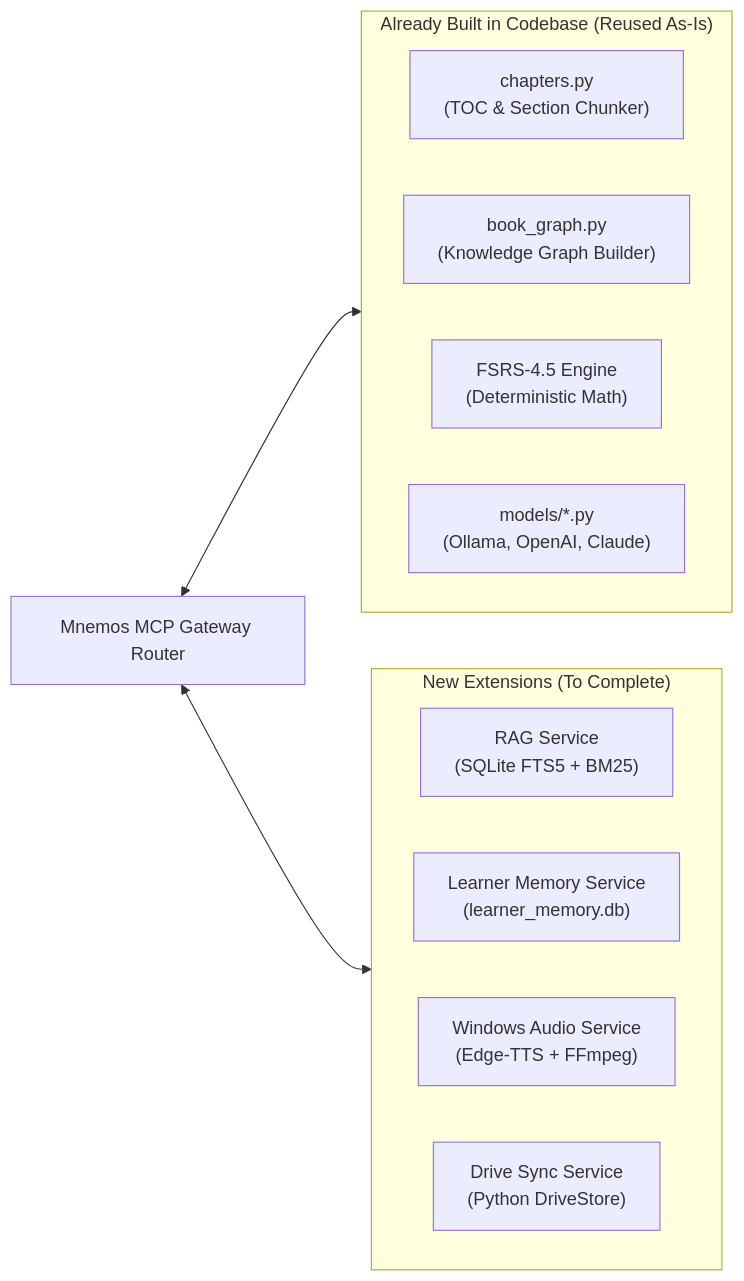
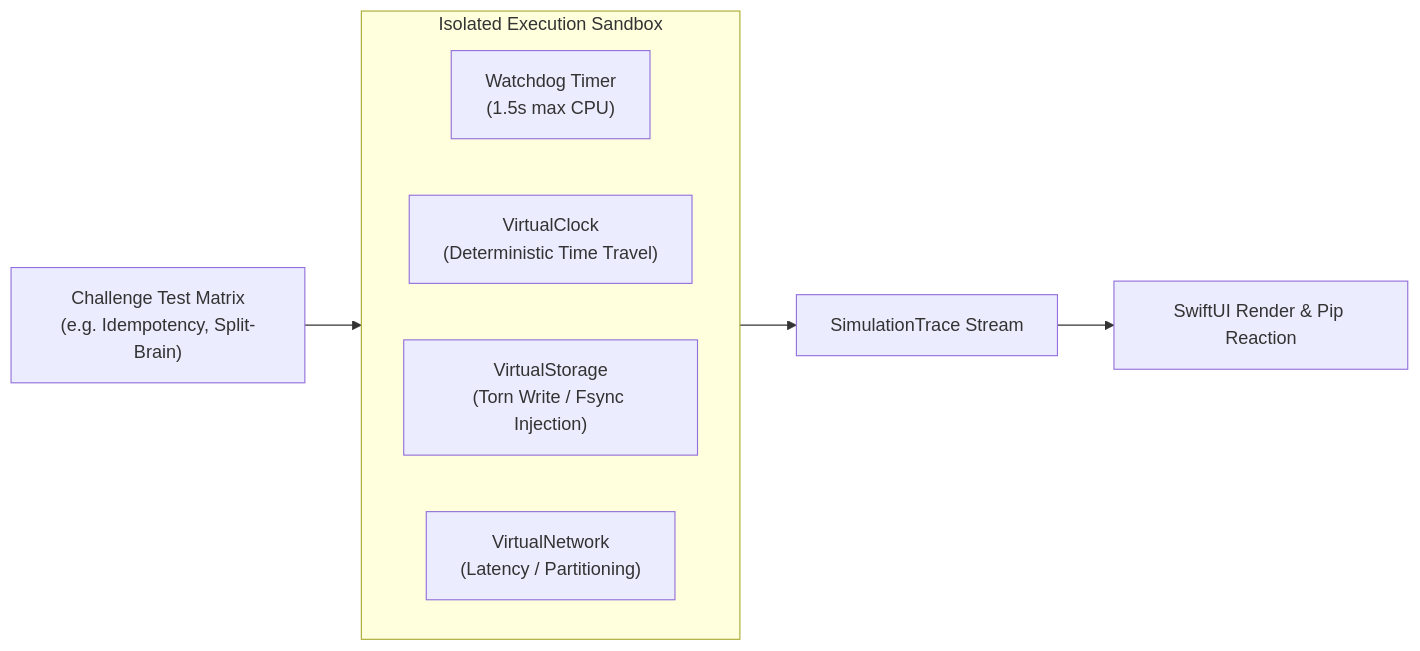
The seventh of 7 diagrams in architecture.md (ansh0014/Mnemos), drawn with Mermaid before and after one commit. The commit also changed other lines of this file and 19 other files, not shown here.

````diff
--- a/architecture.md
+++ b/architecture.md
@@ -393,23 +292,14 @@
 ```mermaid
 flowchart LR
-    Gateway["Mnemos MCP Gateway Router"]
-
-    subgraph BuiltServices ["Already Built in Codebase (Reused As-Is)"]
+    subgraph Sandbox ["Isolated Execution Sandbox"]
         direction LR
-        S_Split["chapters.py<br>(TOC & Section Chunker)"]
-        S_Graph["book_graph.py<br>(Knowledge Graph Builder)"]
-        S_FSRS["FSRS-4.5 Engine<br>(Deterministic Math)"]
-        S_Models["models/*.py<br>(Ollama, OpenAI, Claude)"]
+        Watchdog["Watchdog Timer<br>(1.5s max CPU)"]
+        VClock["VirtualClock<br>(Deterministic Time Travel)"]
+        VStorage["VirtualStorage<br>(Torn Write / Fsync Injection)"]
+        VNet["VirtualNetwork<br>(Latency / Partitioning)"]
     end
 
-    subgraph NewServices ["New Extensions (To Complete)"]
-        direction LR
-        S_RAG["RAG Service<br>(SQLite FTS5 + BM25)"]
-        S_Mem["Learner Memory Service<br>(learner_memory.db)"]
-        S_Audio["Windows Audio Service<br>(Edge-TTS + FFmpeg)"]
-        S_Sync["Drive Sync Service<br>(Python DriveStore)"]
-    end
-
-    Gateway <--> BuiltServices
-    Gateway <--> NewServices
+    ChallengeMatrix["Challenge Test Matrix<br>(e.g. Idempotency, Split-Brain)"] --> Sandbox
+    Sandbox --> TraceFrames["SimulationTrace Stream"]
+    TraceFrames --> NativeUI["SwiftUI Render & Pip Reaction"]
 ```
````
